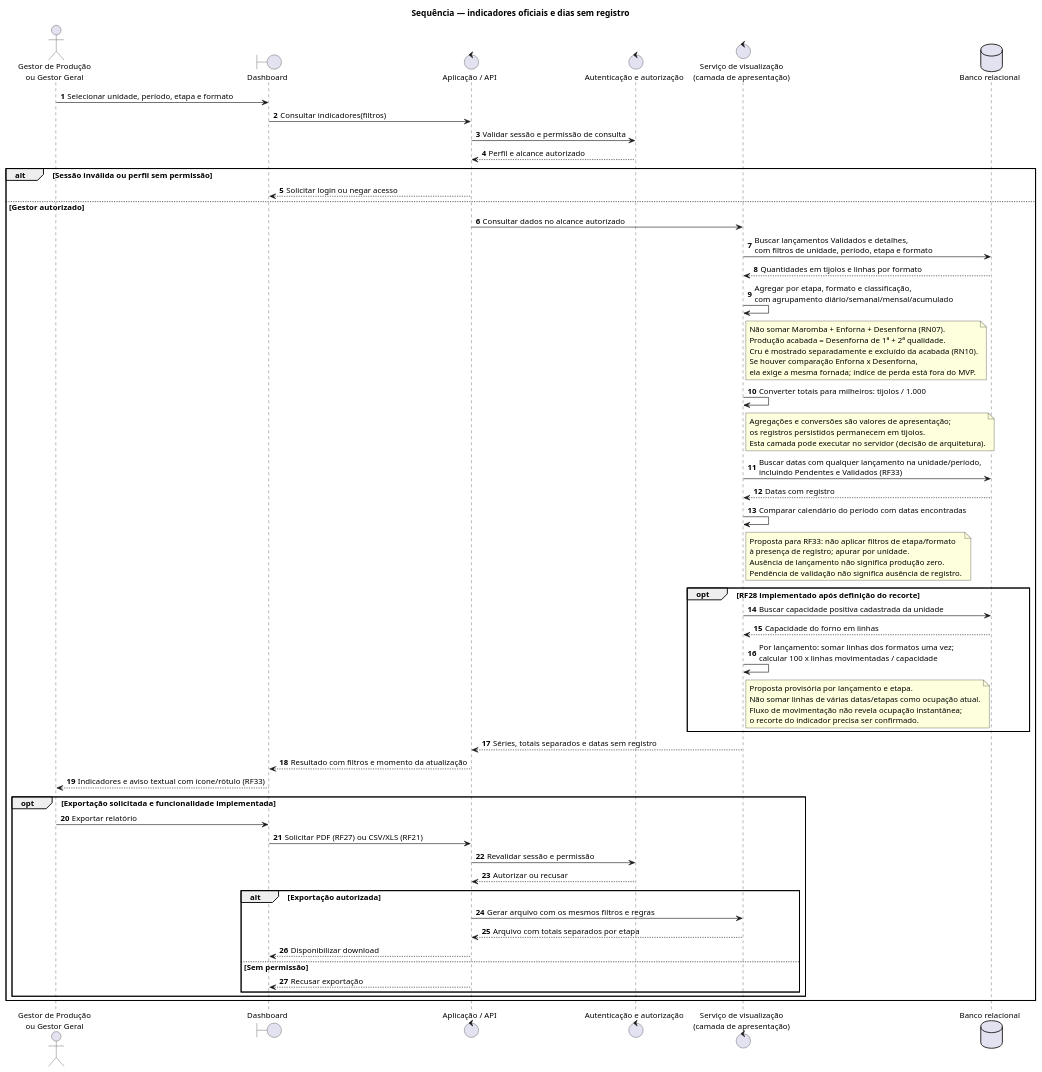
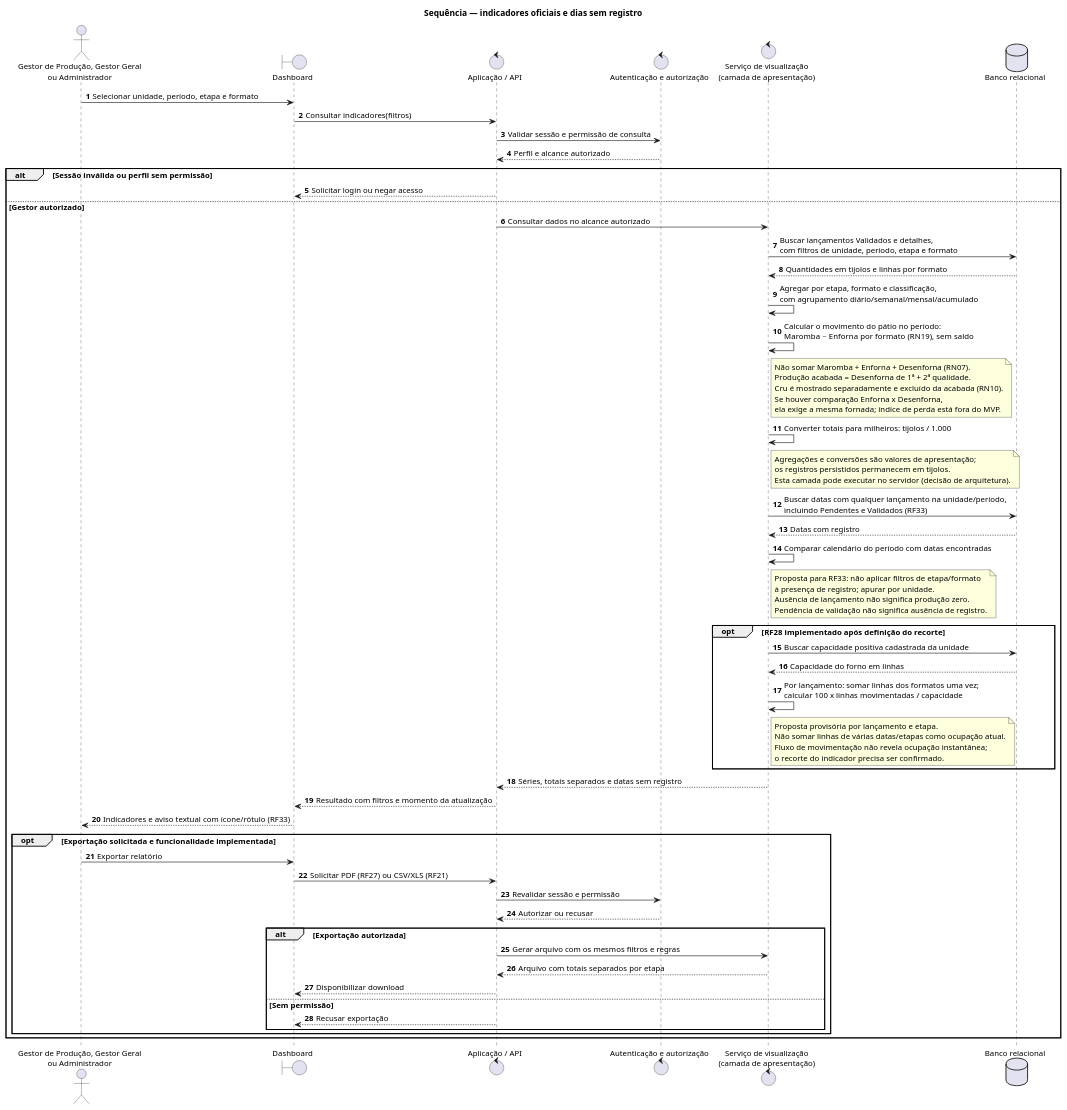
The diagram in docs/uml/06_sequencia_consultar_indicadores.puml (emilynerys/Projeto-Cer-mica-SOCRE), drawn with PlantUML before and after one commit. The commit also changed 21 other files, not shown here.

First line of the commit message:
Revisa os diagramas UML com o levantamento de outubro/2026

```diff
--- a/docs/uml/06_sequencia_consultar_indicadores.puml
+++ b/docs/uml/06_sequencia_consultar_indicadores.puml
@@ -1,76 +1,77 @@
 @startuml
 skinparam shadowing false
 skinparam defaultFontName Arial
 skinparam defaultFontSize 13
 autonumber
 title Sequência — indicadores oficiais e dias sem registro
 
-actor "Gestor de Produção\nou Gestor Geral" as Gestor
+actor "Gestor de Produção, Gestor Geral\nou Administrador" as Gestor
 boundary "Dashboard" as Tela
 control "Aplicação / API" as API
 control "Autenticação e autorização" as Acesso
 control "Serviço de visualização\n(camada de apresentação)" as BI
 database "Banco relacional" as BD
 
 Gestor -> Tela : Selecionar unidade, período, etapa e formato
 Tela -> API : Consultar indicadores(filtros)
 API -> Acesso : Validar sessão e permissão de consulta
 Acesso --> API : Perfil e alcance autorizado
 alt Sessão inválida ou perfil sem permissão
   API --> Tela : Solicitar login ou negar acesso
 else Gestor autorizado
   API -> BI : Consultar dados no alcance autorizado
   BI -> BD : Buscar lançamentos Validados e detalhes,\ncom filtros de unidade, período, etapa e formato
   BD --> BI : Quantidades em tijolos e linhas por formato
   BI -> BI : Agregar por etapa, formato e classificação,\ncom agrupamento diário/semanal/mensal/acumulado
+  BI -> BI : Calcular o movimento do pátio no período:\nMaromba − Enforna por formato (RN19), sem saldo
   note right of BI
     Não somar Maromba + Enforna + Desenforna (RN07).
     Produção acabada = Desenforna de 1ª + 2ª qualidade.
     Cru é mostrado separadamente e excluído da acabada (RN10).
     Se houver comparação Enforna x Desenforna,
     ela exige a mesma fornada; índice de perda está fora do MVP.
   end note
   BI -> BI : Converter totais para milheiros: tijolos / 1.000
   note right of BI
     Agregações e conversões são valores de apresentação;
     os registros persistidos permanecem em tijolos.
     Esta camada pode executar no servidor (decisão de arquitetura).
   end note
   BI -> BD : Buscar datas com qualquer lançamento na unidade/período,\nincluindo Pendentes e Validados (RF33)
   BD --> BI : Datas com registro
   BI -> BI : Comparar calendário do período com datas encontradas
   note right of BI
     Proposta para RF33: não aplicar filtros de etapa/formato
     à presença de registro; apurar por unidade.
     Ausência de lançamento não significa produção zero.
     Pendência de validação não significa ausência de registro.
   end note
   opt RF28 implementado após definição do recorte
     BI -> BD : Buscar capacidade positiva cadastrada da unidade
     BD --> BI : Capacidade do forno em linhas
     BI -> BI : Por lançamento: somar linhas dos formatos uma vez;\ncalcular 100 x linhas movimentadas / capacidade
     note right of BI
       Proposta provisória por lançamento e etapa.
       Não somar linhas de várias datas/etapas como ocupação atual.
       Fluxo de movimentação não revela ocupação instantânea;
       o recorte do indicador precisa ser confirmado.
     end note
   end
   BI --> API : Séries, totais separados e datas sem registro
   API --> Tela : Resultado com filtros e momento da atualização
   Tela --> Gestor : Indicadores e aviso textual com ícone/rótulo (RF33)
   opt Exportação solicitada e funcionalidade implementada
     Gestor -> Tela : Exportar relatório
     Tela -> API : Solicitar PDF (RF27) ou CSV/XLS (RF21)
     API -> Acesso : Revalidar sessão e permissão
     Acesso --> API : Autorizar ou recusar
     alt Exportação autorizada
       API -> BI : Gerar arquivo com os mesmos filtros e regras
       BI --> API : Arquivo com totais separados por etapa
       API --> Tela : Disponibilizar download
     else Sem permissão
       API --> Tela : Recusar exportação
     end
   end
 end
 @enduml
```
